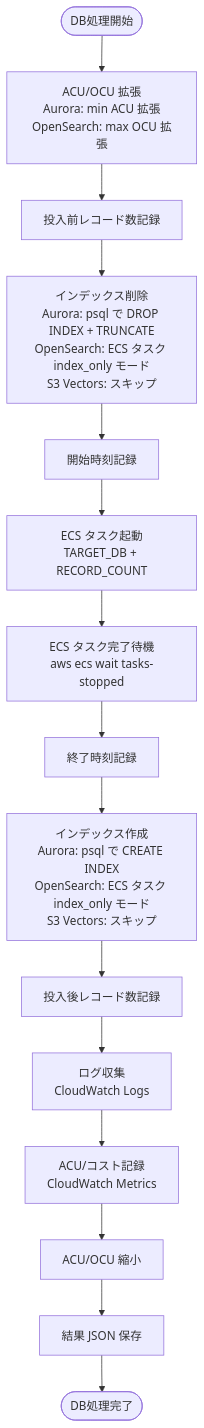
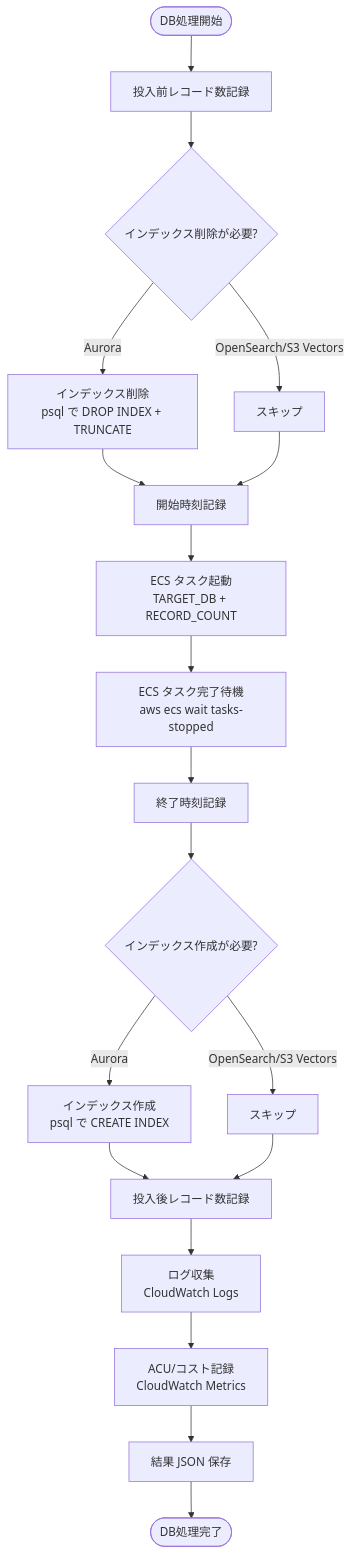
The second of 2 diagrams in .kiro/specs/04-benchmark-shell-script/design.md (satoshi256kbyte/vector-db-benchmark), drawn with Mermaid before and after one commit. The commit also changed other lines of this file and 13 other files, not shown here.

````diff
--- a/.kiro/specs/04-benchmark-shell-script/design.md
+++ b/.kiro/specs/04-benchmark-shell-script/design.md
@@ -83,17 +65,21 @@
 ```mermaid
 flowchart TD
-    Start([DB処理開始]) --> Scale[ACU/OCU 拡張<br/>Aurora: min ACU 拡張<br/>OpenSearch: max OCU 拡張]
-    Scale --> PreCount[投入前レコード数記録]
-    PreCount --> DropIndex[インデックス削除<br/>Aurora: psql で DROP INDEX + TRUNCATE<br/>OpenSearch: ECS タスク index_only モード<br/>S3 Vectors: スキップ]
-    DropIndex --> RecordStart[開始時刻記録]
+    Start([DB処理開始]) --> PreCount[投入前レコード数記録]
+    PreCount --> DropIndex{インデックス削除が必要?}
+    DropIndex -->|Aurora| DropAurora[インデックス削除<br/>psql で DROP INDEX + TRUNCATE]
+    DropIndex -->|OpenSearch/S3 Vectors| SkipDrop[スキップ]
+    DropAurora --> RecordStart[開始時刻記録]
+    SkipDrop --> RecordStart
     RecordStart --> RunECS[ECS タスク起動<br/>TARGET_DB + RECORD_COUNT]
     RunECS --> WaitECS[ECS タスク完了待機<br/>aws ecs wait tasks-stopped]
     WaitECS --> RecordEnd[終了時刻記録]
-    RecordEnd --> CreateIndex[インデックス作成<br/>Aurora: psql で CREATE INDEX<br/>OpenSearch: ECS タスク index_only モード<br/>S3 Vectors: スキップ]
-    CreateIndex --> PostCount[投入後レコード数記録]
+    RecordEnd --> CreateIndex{インデックス作成が必要?}
+    CreateIndex -->|Aurora| CreateAurora[インデックス作成<br/>psql で CREATE INDEX]
+    CreateIndex -->|OpenSearch/S3 Vectors| SkipCreate[スキップ]
+    CreateAurora --> PostCount[投入後レコード数記録]
+    SkipCreate --> PostCount
     PostCount --> CollectLogs[ログ収集<br/>CloudWatch Logs]
     CollectLogs --> CollectMetrics[ACU/コスト記録<br/>CloudWatch Metrics]
-    CollectMetrics --> ScaleDown[ACU/OCU 縮小]
-    ScaleDown --> SaveResult[結果 JSON 保存]
+    CollectMetrics --> SaveResult[結果 JSON 保存]
     SaveResult --> End([DB処理完了])
 ```
````
